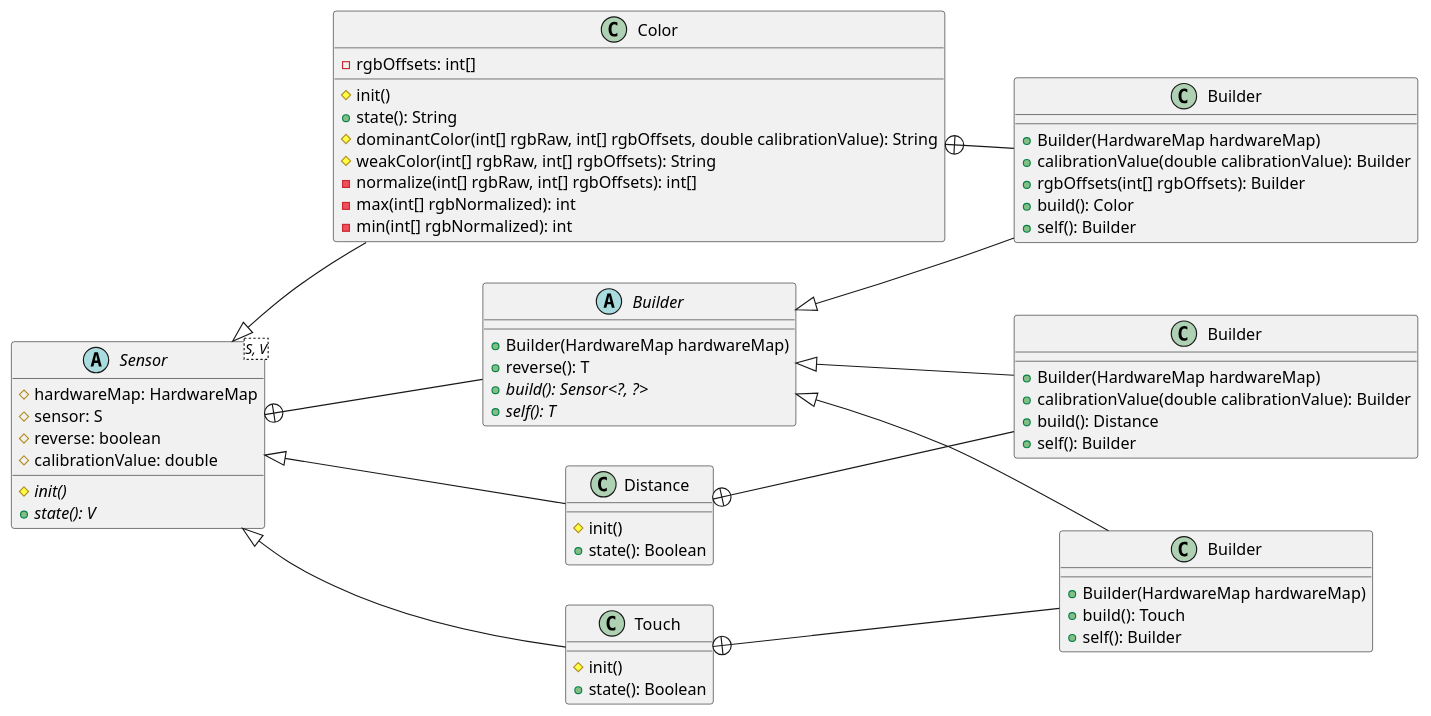
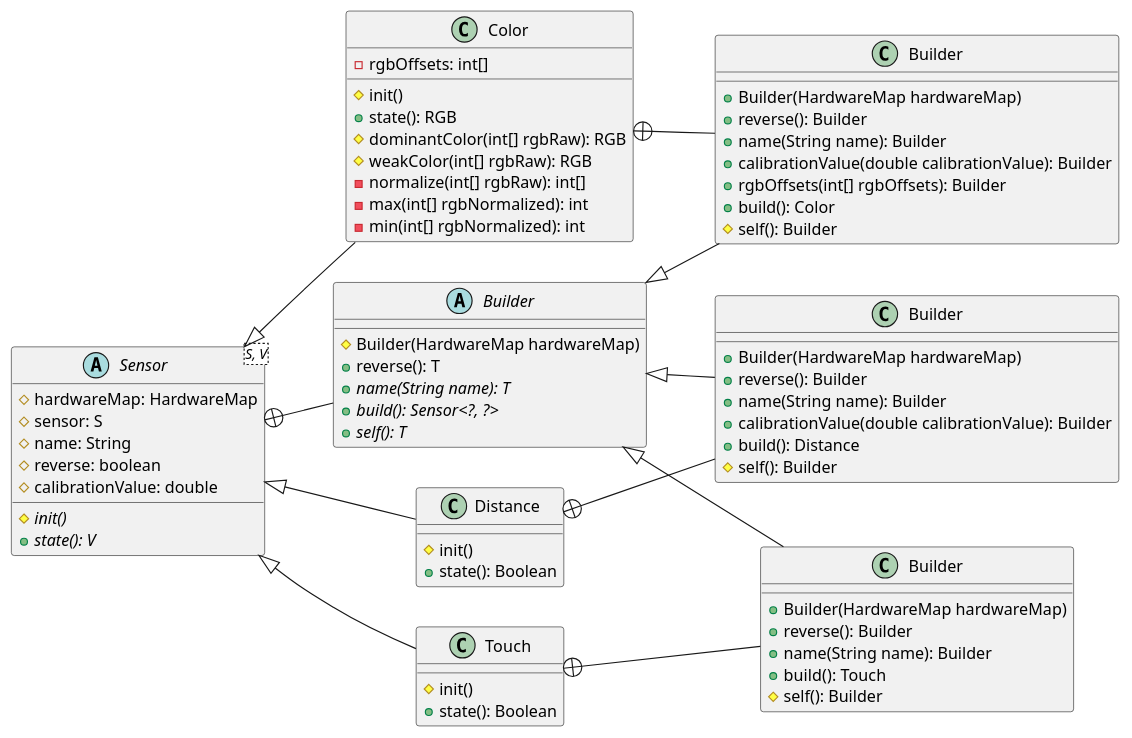
One commit to Collegiate-Edu-Nation/easy-ftc changed the diagram in docs/uml/src/sensor.puml. Above: the diagram before and after it, drawn with PlantUML. The commit also changed 1 other file, not shown here.

Commit message:
uml: update methods, field

```diff
--- a/docs/uml/src/sensor.puml
+++ b/docs/uml/src/sensor.puml
@@ -1,77 +1,85 @@
 @startuml
 
 left to right direction
 
 abstract class Sensor<S, V> {
     # hardwareMap: HardwareMap
     # sensor: S
+    # name: String
     # reverse: boolean
     # calibrationValue: double
     {abstract}# init()
     {abstract}+ state(): V
 }
 
 abstract class "Builder" as Sensor_Builder {
-    + Builder(HardwareMap hardwareMap)
+    # Builder(HardwareMap hardwareMap)
     + reverse(): T
+    {abstract}+ name(String name): T
     {abstract}+ build(): Sensor<?, ?>
     {abstract}+ self(): T
 }
 
 class Color {
     - rgbOffsets: int[]
     # init()
-    + state(): String
-    # dominantColor(int[] rgbRaw, int[] rgbOffsets, double calibrationValue): String
-    # weakColor(int[] rgbRaw, int[] rgbOffsets): String
-    - normalize(int[] rgbRaw, int[] rgbOffsets): int[]
+    + state(): RGB
+    # dominantColor(int[] rgbRaw): RGB
+    # weakColor(int[] rgbRaw): RGB
+    - normalize(int[] rgbRaw): int[]
     - max(int[] rgbNormalized): int
     - min(int[] rgbNormalized): int
 }
 
 class Distance {
     # init()
     + state(): Boolean
 }
 
 class Touch {
     # init()
     + state(): Boolean
 }
 
 class "Builder" as Color_Builder {
     + Builder(HardwareMap hardwareMap)
+    + reverse(): Builder
+    + name(String name): Builder
     + calibrationValue(double calibrationValue): Builder
     + rgbOffsets(int[] rgbOffsets): Builder
     + build(): Color
-    + self(): Builder
+    # self(): Builder
 }
 
 class "Builder" as Distance_Builder {
     + Builder(HardwareMap hardwareMap)
+    + reverse(): Builder
+    + name(String name): Builder
     + calibrationValue(double calibrationValue): Builder
     + build(): Distance
-    + self(): Builder
+    # self(): Builder
 }
 
 class "Builder" as Touch_Builder {
     + Builder(HardwareMap hardwareMap)
+    + reverse(): Builder
+    + name(String name): Builder
     + build(): Touch
-    + self(): Builder
+    # self(): Builder
 }
 
 Sensor <|-- Color
 Sensor <|-- Distance
 Sensor <|-- Touch
 
 Sensor_Builder <|-- Color_Builder
 Sensor_Builder <|-- Distance_Builder
 Sensor_Builder <|-- Touch_Builder
 
 Sensor +-- Sensor_Builder
 
 Color +-- Color_Builder
 Distance +-- Distance_Builder
 Touch +-- Touch_Builder
 
 @enduml
```
